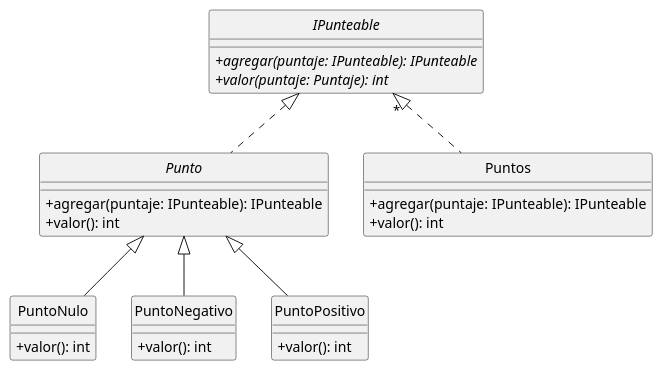
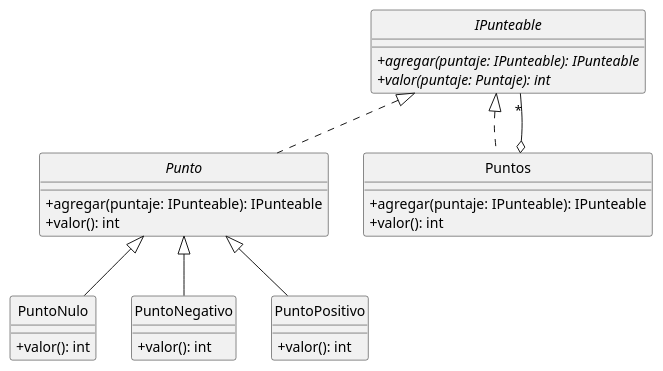
The diagram in src/main/java/edu/fiuba/algo3/modelo/Diagramas/puml/IPunteable.puml (Alex1161/TP2), drawn with PlantUML before and after one commit. The commit also changed 1 other file, not shown here.

```diff
--- a/src/main/java/edu/fiuba/algo3/modelo/Diagramas/puml/IPunteable.puml
+++ b/src/main/java/edu/fiuba/algo3/modelo/Diagramas/puml/IPunteable.puml
@@ -1,39 +1,40 @@
 @startuml
 hide circle
 skinparam classAttributeIconSize 0
 
 'Clases
 Interface IPunteable{
     +{abstract}agregar(puntaje: IPunteable): IPunteable
     +{abstract}valor(puntaje: Puntaje): int
 }
 
 Class Puntos{
     +agregar(puntaje: IPunteable): IPunteable
     +valor(): int
 }
 
 Abstract Class Punto{
     +agregar(puntaje: IPunteable): IPunteable
     +valor(): int
 }
 
 Class PuntoNulo{
     +valor(): int
 }
 
 Class PuntoNegativo{
     +valor(): int
 }
 
 Class PuntoPositivo{
     +valor(): int
 }
 
 'Relaciones
 PuntoNegativo -up-|> Punto
 PuntoNulo -up-|> Punto
 PuntoPositivo -up-|> Punto
-Puntos .up.|> " *" IPunteable
+Puntos .up.|> IPunteable
+Puntos o-up- "*" IPunteable
 Punto .up.|> IPunteable
 @enduml
```
